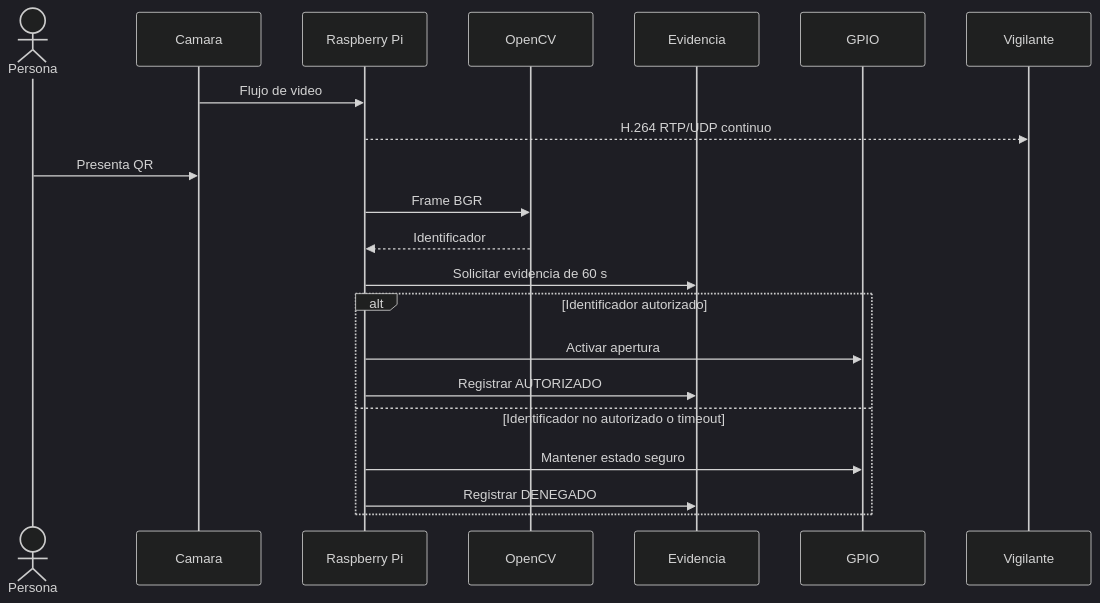
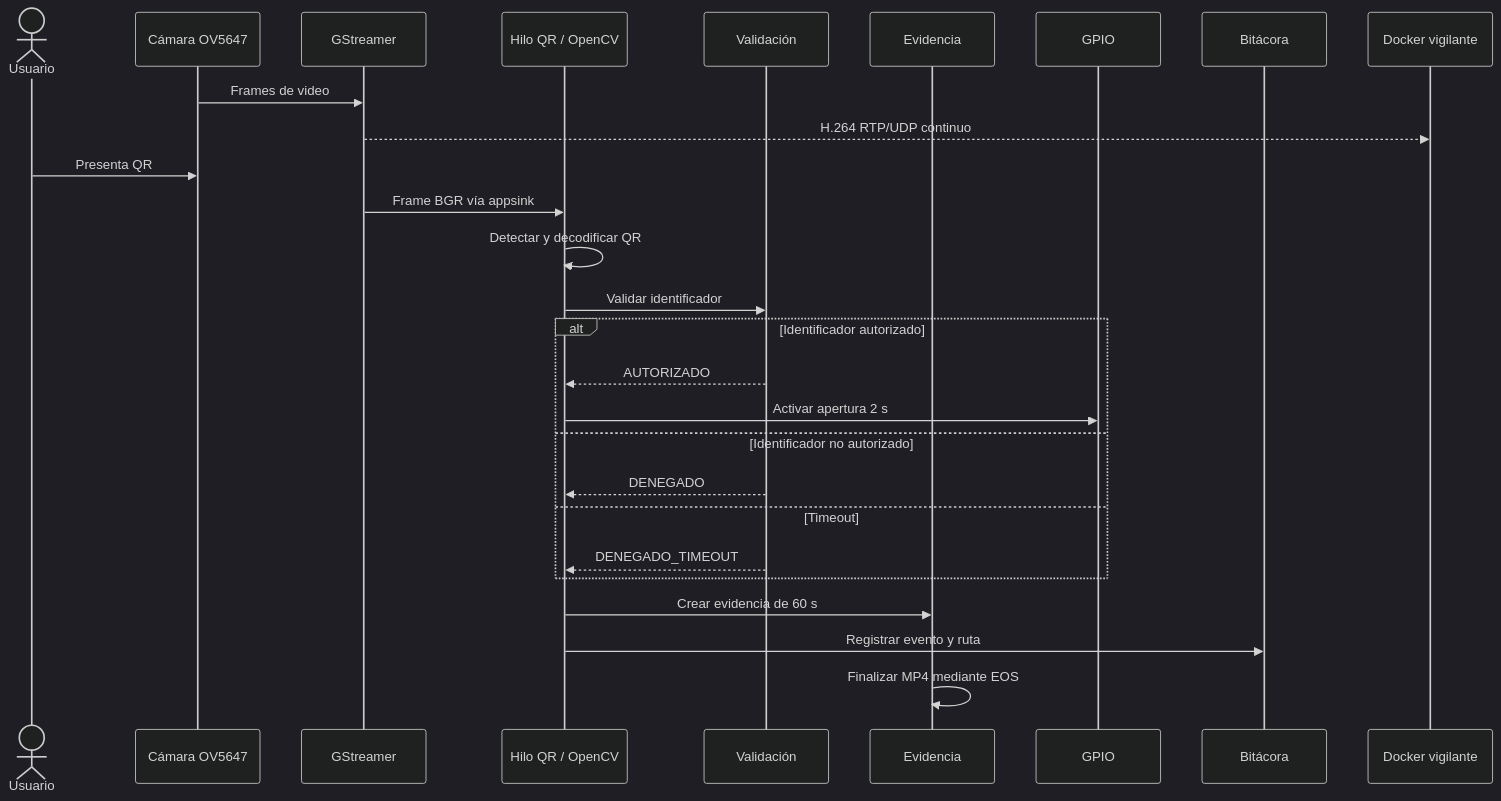
The ninth of 9 diagrams in docs/01_arquitectura.md (VeroC25/Project_1_Embebidos), drawn with Mermaid (dark theme) before and after one commit. The commit also changed other lines of this file, not shown here.

````diff
--- a/docs/01_arquitectura.md
+++ b/docs/01_arquitectura.md
@@ -63,25 +632,33 @@
 ```mermaid
 sequenceDiagram
-    actor Persona
-    participant Camara
-    participant RPi as Raspberry Pi
-    participant QR as OpenCV
-    participant Evid as Evidencia
-    participant GPIO
-    participant Vig as Vigilante
+    actor U as Usuario
+    participant C as Cámara OV5647
+    participant G as GStreamer
+    participant Q as Hilo QR / OpenCV
+    participant V as Validación
+    participant E as Evidencia
+    participant O as GPIO
+    participant L as Bitácora
+    participant D as Docker vigilante
 
-    Camara->>RPi: Flujo de video
-    RPi-->>Vig: H.264 RTP/UDP continuo
-    Persona->>Camara: Presenta QR
-    RPi->>QR: Frame BGR
-    QR-->>RPi: Identificador
-    RPi->>Evid: Solicitar evidencia de 60 s
+    C->>G: Frames de video
+    G-->>D: H.264 RTP/UDP continuo
+
+    U->>C: Presenta QR
+    G->>Q: Frame BGR vía appsink
+    Q->>Q: Detectar y decodificar QR
+    Q->>V: Validar identificador
 
     alt Identificador autorizado
-        RPi->>GPIO: Activar apertura
-        RPi->>Evid: Registrar AUTORIZADO
-    else Identificador no autorizado o timeout
-        RPi->>GPIO: Mantener estado seguro
-        RPi->>Evid: Registrar DENEGADO
+        V-->>Q: AUTORIZADO
+        Q->>O: Activar apertura 2 s
+    else Identificador no autorizado
+        V-->>Q: DENEGADO
+    else Timeout
+        V-->>Q: DENEGADO_TIMEOUT
     end
+
+    Q->>E: Crear evidencia de 60 s
+    Q->>L: Registrar evento y ruta
+    E->>E: Finalizar MP4 mediante EOS
 ```
````
